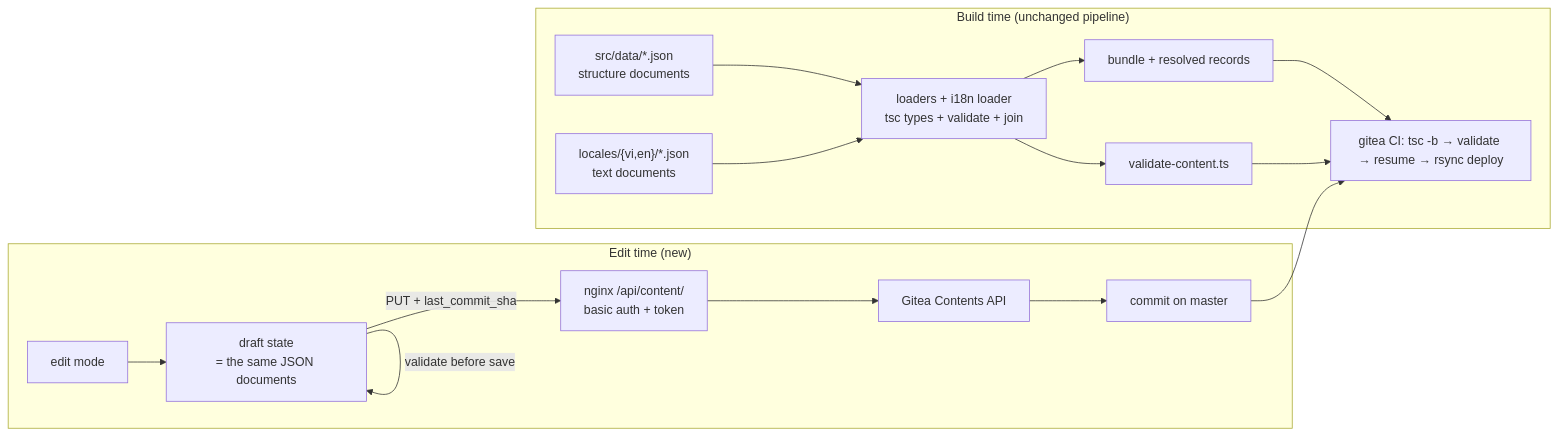
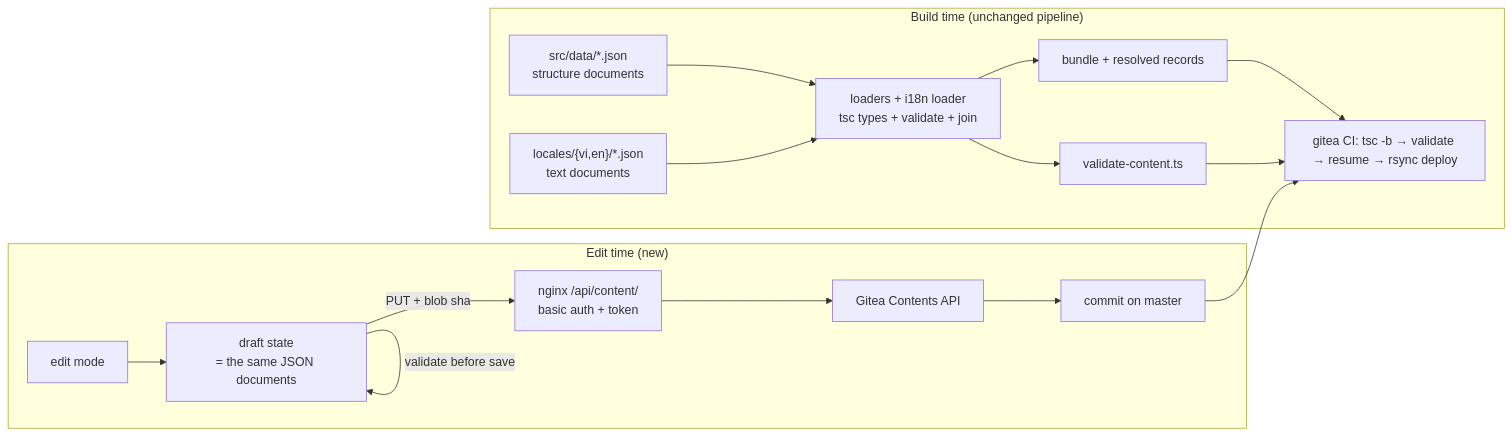
Before and after one commit to dong-nz/cv: the first of 2 diagrams in docs/design/specs/v4/spec-v4-live-edit.md, drawn with Mermaid. The commit also changed other lines of this file and 2 other files, not shown here.

First line of the commit message:
fix(edit): send blob sha in Contents API PUT (Gitea 28 UpdateFile contract)

````diff
--- a/docs/design/specs/v4/spec-v4-live-edit.md
+++ b/docs/design/specs/v4/spec-v4-live-edit.md
@@ -275,17 +275,17 @@
 ```mermaid
 graph LR
   subgraph build["Build time (unchanged pipeline)"]
     SD["src/data/*.json<br/>structure documents"] --> LD["loaders + i18n loader<br/>tsc types + validate + join"]
     TX["locales/{vi,en}/*.json<br/>text documents"] --> LD
     LD --> B["bundle + resolved records"]
     LD --> V["validate-content.ts"]
     B --> CI["gitea CI: tsc -b → validate → resume → rsync deploy"]
     V --> CI
   end
   subgraph edit["Edit time (new)"]
     V2["edit mode"] --> DR["draft state<br/>= the same JSON documents"]
     DR -->|"validate before save"| DR
-    DR -->|"PUT + last_commit_sha"| PX["nginx /api/content/<br/>basic auth + token"]
+    DR -->|"PUT + blob sha"| PX["nginx /api/content/<br/>basic auth + token"]
     PX --> GA["Gitea Contents API"] --> COMMIT["commit on master"] --> CI
   end
 ```
````
